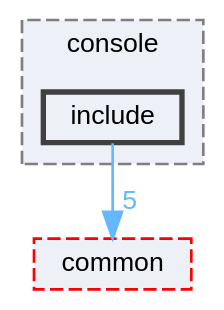
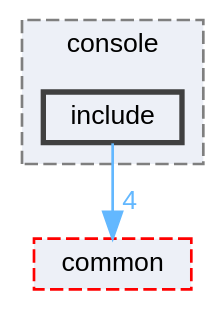
The diagram in dir_387aef48785a29a8ef6b916789fc64fb_dep.dot (netkeep80/jsonRVM), drawn with Graphviz before and after one commit. The commit also changed 169 other files, not shown here.

```diff
--- a/dir_387aef48785a29a8ef6b916789fc64fb_dep.dot
+++ b/dir_387aef48785a29a8ef6b916789fc64fb_dep.dot
@@ -1,14 +1,14 @@
 digraph "modules/console/include"
 {
  // LATEX_PDF_SIZE
   bgcolor="transparent";
   edge [fontname=Helvetica,fontsize=10,labelfontname=Helvetica,labelfontsize=10];
   node [fontname=Helvetica,fontsize=10,shape=box,height=0.2,width=0.4];
   compound=true
   subgraph clusterdir_54cc64e2ea7c4056846f30fb8a29725d {
     graph [ bgcolor="#edf0f7", pencolor="grey50", label="console", fontname=Helvetica,fontsize=10 style="filled,dashed", URL="dir_54cc64e2ea7c4056846f30fb8a29725d.html",tooltip=""]
   dir_387aef48785a29a8ef6b916789fc64fb [label="include", fillcolor="#edf0f7", color="grey25", style="filled,bold", URL="dir_387aef48785a29a8ef6b916789fc64fb.html",tooltip=""];
   }
   dir_9a5e51f49964887903df6eed98080585 [label="common", fillcolor="#edf0f7", color="red", style="filled,dashed", URL="dir_9a5e51f49964887903df6eed98080585.html",tooltip=""];
-  dir_387aef48785a29a8ef6b916789fc64fb->dir_9a5e51f49964887903df6eed98080585 [headlabel="5", labeldistance=1.5 headhref="dir_000004_000000.html" href="dir_000004_000000.html" color="steelblue1" fontcolor="steelblue1"];
+  dir_387aef48785a29a8ef6b916789fc64fb->dir_9a5e51f49964887903df6eed98080585 [headlabel="4", labeldistance=1.5 headhref="dir_000004_000000.html" href="dir_000004_000000.html" color="steelblue1" fontcolor="steelblue1"];
 }
```
